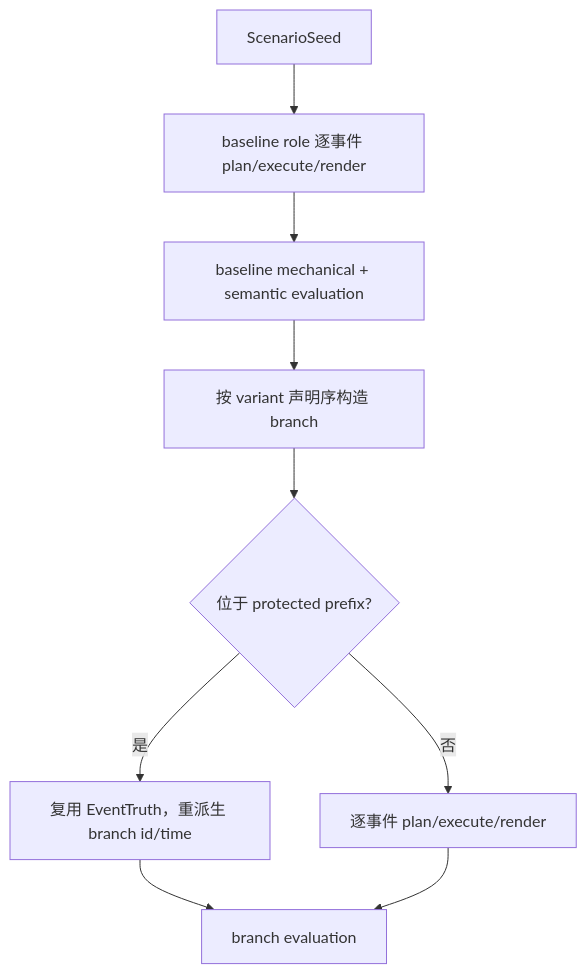
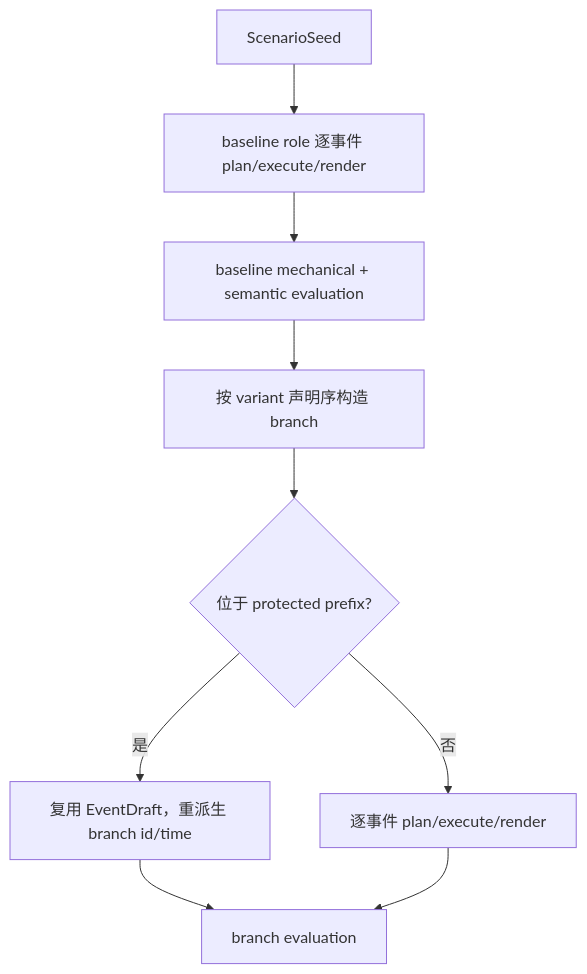
The third of 5 diagrams in docs/dev/SPEC-sequence-generation-redesign.md (HoldThatThgt/LabelKit), drawn with Mermaid before and after one commit. The commit also changed other lines of this file, not shown here.

Commit message:
docs: separate event drafts from bound truth

```diff
--- a/docs/dev/SPEC-sequence-generation-redesign.md
+++ b/docs/dev/SPEC-sequence-generation-redesign.md
@@ -609,11 +610,11 @@
 ~~~mermaid
 flowchart TD
     S["ScenarioSeed"] --> B["baseline role 逐事件 plan/execute/render"]
     B --> J["baseline mechanical + semantic evaluation"]
     J --> V["按 variant 声明序构造 branch"]
     V --> C{"位于 protected prefix?"}
-    C -- 是 --> R["复用 EventTruth，重派生 branch id/time"]
+    C -- 是 --> R["复用 EventDraft，重派生 branch id/time"]
     C -- 否 --> P["逐事件 plan/execute/render"]
     R --> E["branch evaluation"]
     P --> E
 ~~~
```
